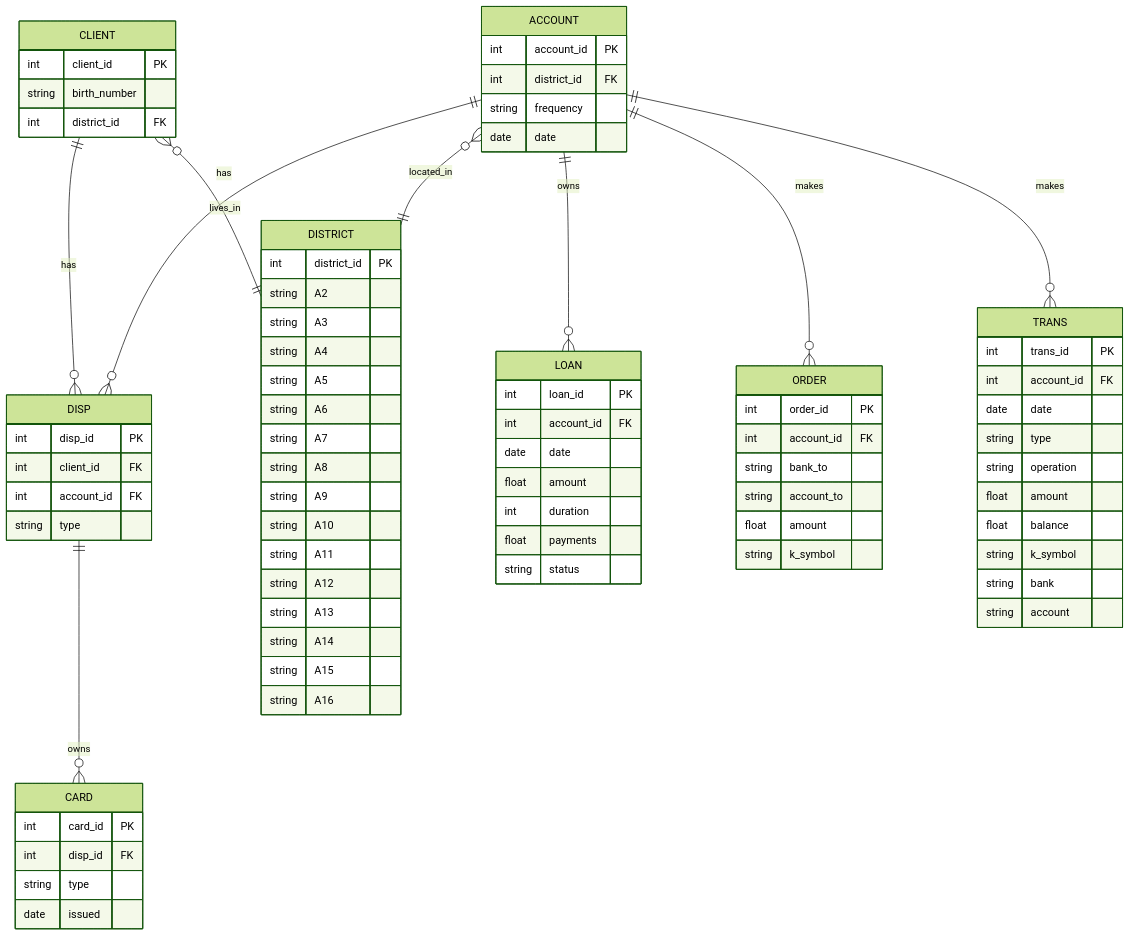
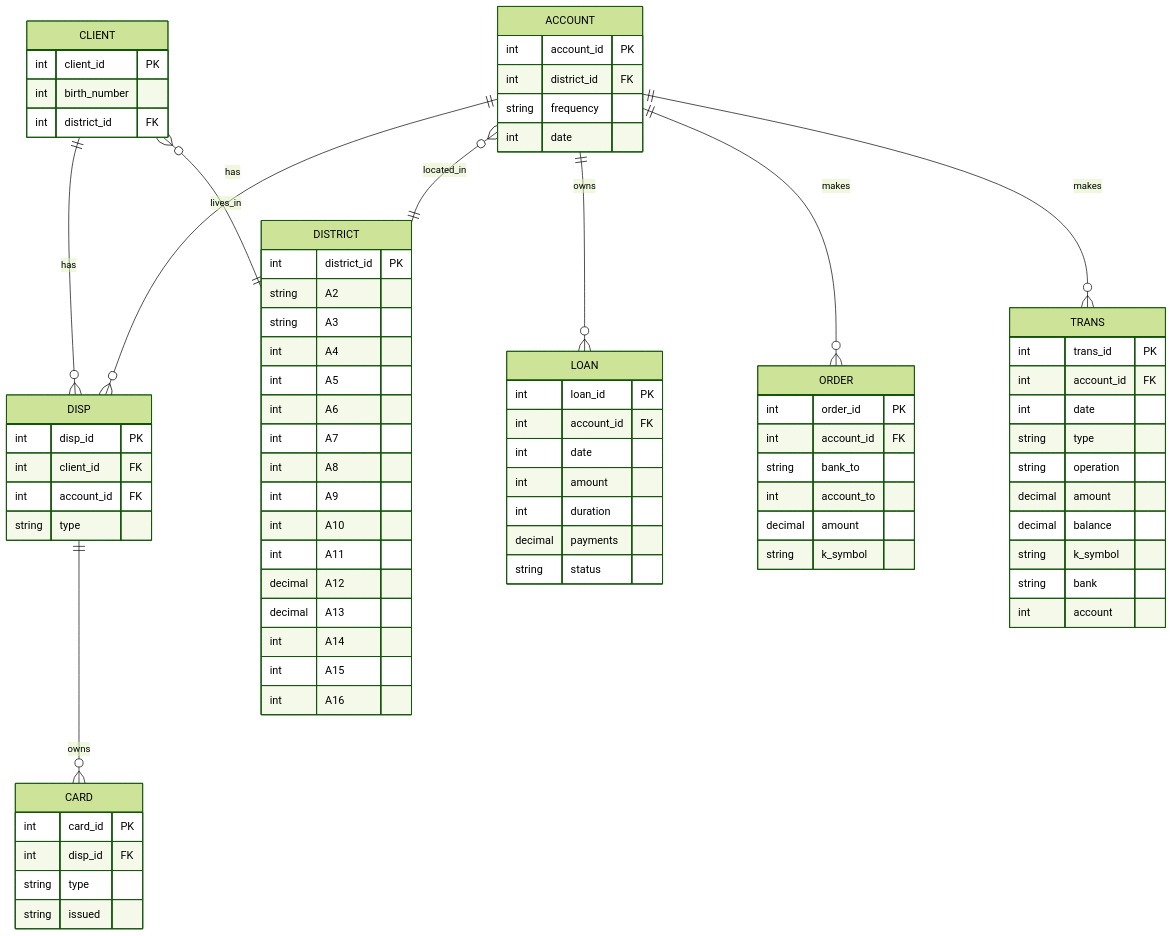
Before and after one commit to marashot96/Credit-Products-Analysis: the diagram in README.md, drawn with Mermaid (forest theme).

````diff
--- a/README.md
+++ b/README.md
@@ -32,7 +32,7 @@
 
     CLIENT {
         int client_id PK
-        string birth_number
+        int birth_number
         int district_id FK
     }
 
@@ -40,26 +40,26 @@
         int district_id PK
         string A2
         string A3
-        string A4
-        string A5
-        string A6
-        string A7
-        string A8
-        string A9
-        string A10
-        string A11
-        string A12
-        string A13
-        string A14
-        string A15
-        string A16
+        int A4
+        int A5
+        int A6
+        int A7
+        int A8
+        int A9
+        int A10
+        int A11
+        decimal A12
+        decimal A13
+        int A14
+        int A15
+        int A16
     }
 
     ACCOUNT {
         int account_id PK
         int district_id FK
         string frequency
-        date date
+        int date
     }
 
     DISP {
@@ -73,16 +73,16 @@
         int card_id PK
         int disp_id FK
         string type
-        date issued
+        string issued
     }
 
     LOAN {
         int loan_id PK
         int account_id FK
-        date date
-        float amount
+        int date
+        int amount
         int duration
-        float payments
+        decimal payments
         string status
     }
 
@@ -90,21 +90,21 @@
         int order_id PK
         int account_id FK
         string bank_to
-        string account_to
-        float amount
+        int account_to
+        decimal amount
         string k_symbol
     }
 
     TRANS {
         int trans_id PK
         int account_id FK
-        date date
+        int date
         string type
         string operation
-        float amount
-        float balance
+        decimal amount
+        decimal balance
         string k_symbol
         string bank
-        string account
+        int account
     }
 ```
````
